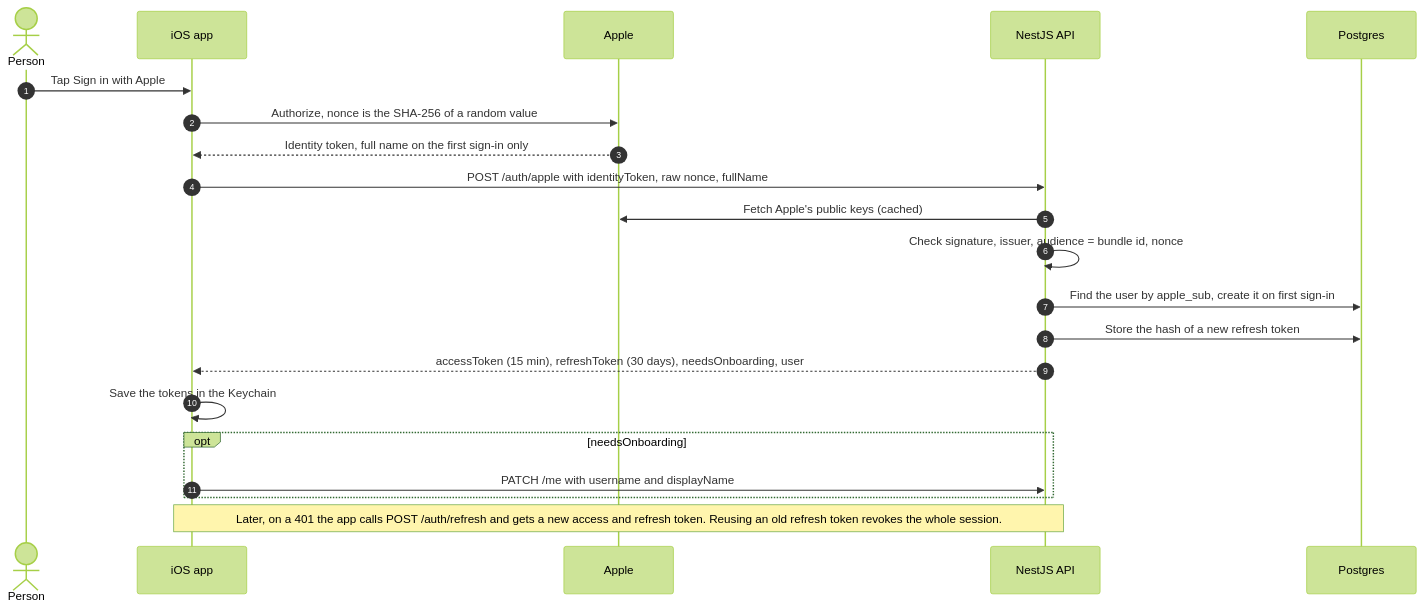
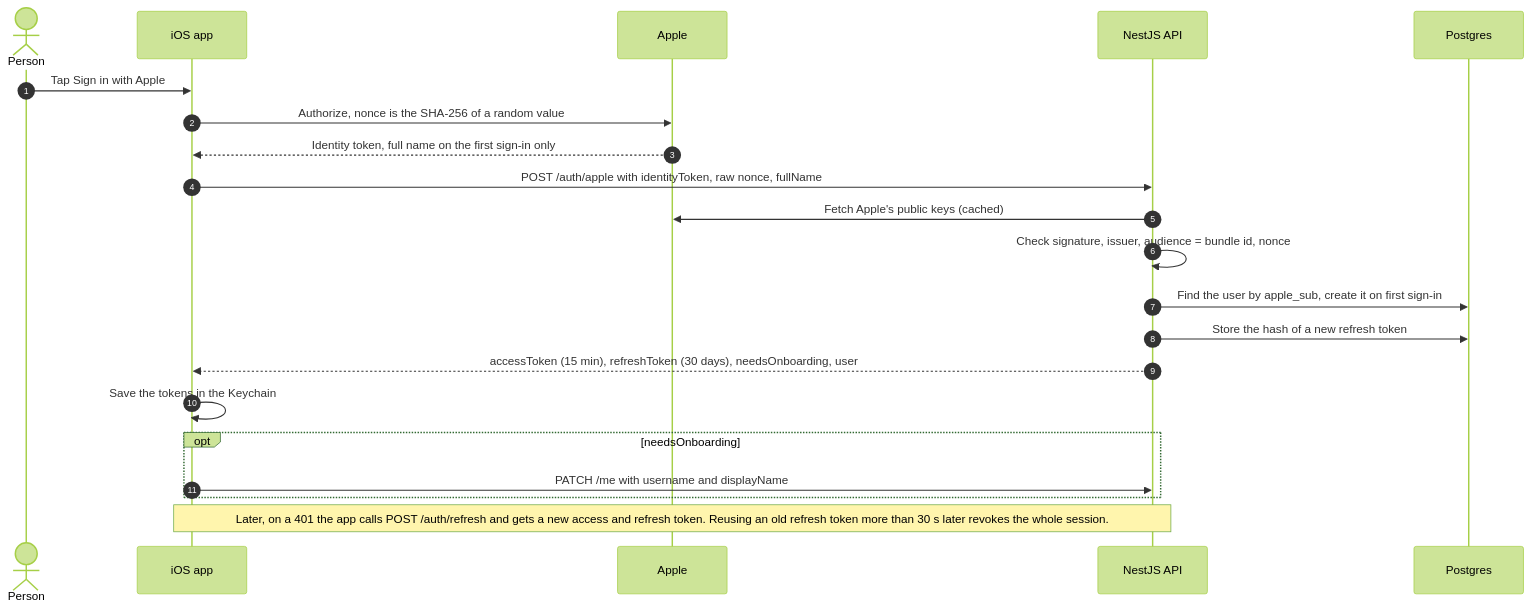
Before and after one commit to CompleteGlory/Stoop-api: the fourth of 8 diagrams in README.md, drawn with Mermaid (forest theme). The commit also changed other lines of this file and 9 other files, not shown here.

First line of the commit message:
Add username availability check and refresh-token grace window

````diff
--- a/README.md
+++ b/README.md
@@ -183,24 +183,24 @@
 ```mermaid
 sequenceDiagram
     autonumber
     actor P as Person
     participant App as iOS app
     participant Apple
     participant API as NestJS API
     participant PG as Postgres
 
     P->>App: Tap Sign in with Apple
     App->>Apple: Authorize, nonce is the SHA-256 of a random value
     Apple-->>App: Identity token, full name on the first sign-in only
     App->>API: POST /auth/apple with identityToken, raw nonce, fullName
     API->>Apple: Fetch Apple's public keys (cached)
     API->>API: Check signature, issuer, audience = bundle id, nonce
     API->>PG: Find the user by apple_sub, create it on first sign-in
     API->>PG: Store the hash of a new refresh token
     API-->>App: accessToken (15 min), refreshToken (30 days), needsOnboarding, user
     App->>App: Save the tokens in the Keychain
     opt needsOnboarding
         App->>API: PATCH /me with username and displayName
     end
-    Note over App,API: Later, on a 401 the app calls POST /auth/refresh and gets a new access and refresh token. Reusing an old refresh token revokes the whole session.
+    Note over App,API: Later, on a 401 the app calls POST /auth/refresh and gets a new access and refresh token. Reusing an old refresh token more than 30 s later revokes the whole session.
 ```
````
